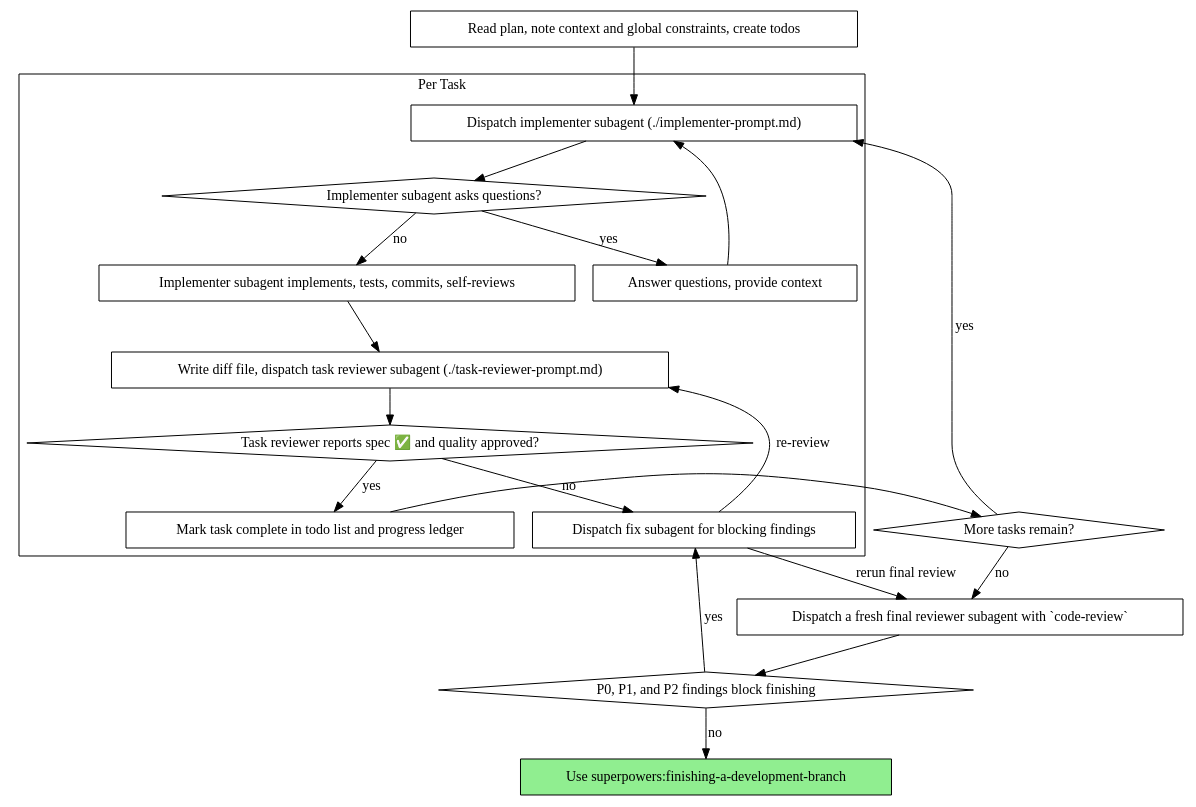
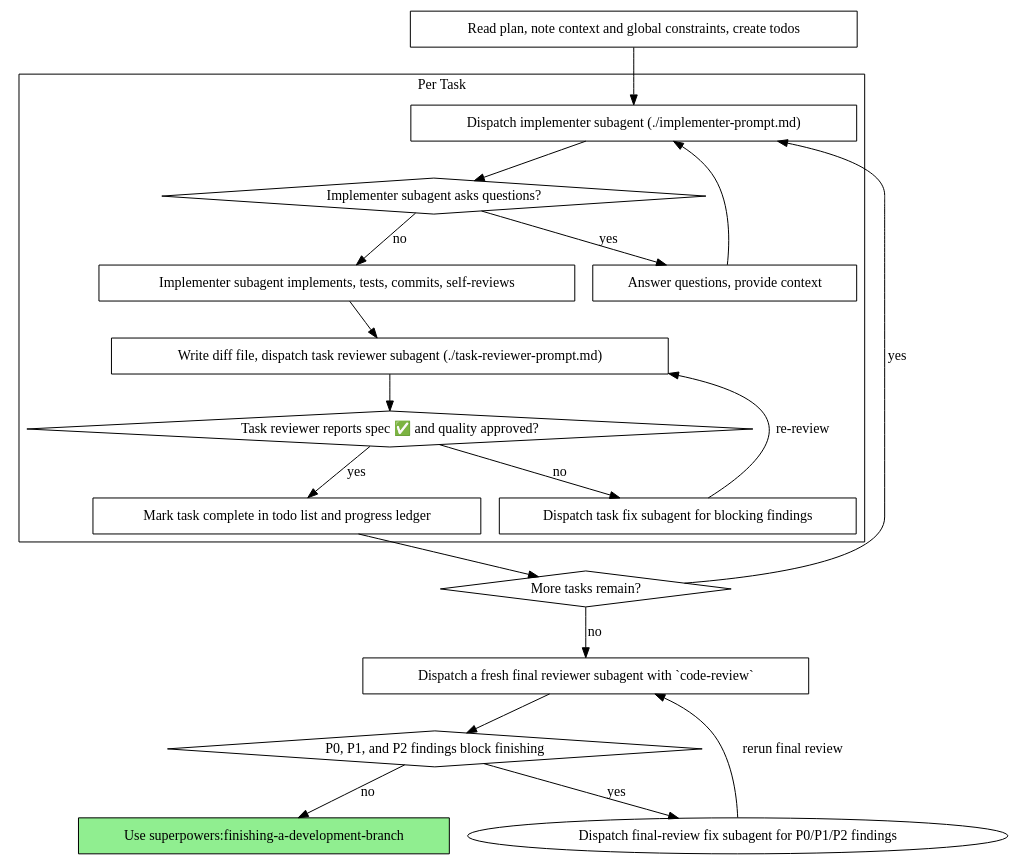
One commit to heyi-co/superpowers changed the second of 2 diagrams in skills/subagent-driven-development/SKILL.md. Above: the diagram before and after it, drawn with Graphviz. The commit also changed 1 other file, not shown here.

Commit message:
Fix SDD final review graph node collision

````diff
--- a/skills/subagent-driven-development/SKILL.md
+++ b/skills/subagent-driven-development/SKILL.md
@@ -47,41 +47,41 @@
 ```dot
 digraph process {
     rankdir=TB;
 
     subgraph cluster_per_task {
         label="Per Task";
         "Dispatch implementer subagent (./implementer-prompt.md)" [shape=box];
         "Implementer subagent asks questions?" [shape=diamond];
         "Answer questions, provide context" [shape=box];
         "Implementer subagent implements, tests, commits, self-reviews" [shape=box];
         "Write diff file, dispatch task reviewer subagent (./task-reviewer-prompt.md)" [shape=box];
         "Task reviewer reports spec ✅ and quality approved?" [shape=diamond];
-        "Dispatch fix subagent for blocking findings" [shape=box];
+        "Dispatch task fix subagent for blocking findings" [shape=box];
         "Mark task complete in todo list and progress ledger" [shape=box];
     }
 
     "Read plan, note context and global constraints, create todos" [shape=box];
     "More tasks remain?" [shape=diamond];
     "Dispatch a fresh final reviewer subagent with `code-review`" [shape=box];
     "P0, P1, and P2 findings block finishing" [shape=diamond];
     "Use superpowers:finishing-a-development-branch" [shape=box style=filled fillcolor=lightgreen];
 
     "Read plan, note context and global constraints, create todos" -> "Dispatch implementer subagent (./implementer-prompt.md)";
     "Dispatch implementer subagent (./implementer-prompt.md)" -> "Implementer subagent asks questions?";
     "Implementer subagent asks questions?" -> "Answer questions, provide context" [label="yes"];
     "Answer questions, provide context" -> "Dispatch implementer subagent (./implementer-prompt.md)";
     "Implementer subagent asks questions?" -> "Implementer subagent implements, tests, commits, self-reviews" [label="no"];
     "Implementer subagent implements, tests, commits, self-reviews" -> "Write diff file, dispatch task reviewer subagent (./task-reviewer-prompt.md)";
     "Write diff file, dispatch task reviewer subagent (./task-reviewer-prompt.md)" -> "Task reviewer reports spec ✅ and quality approved?";
-    "Task reviewer reports spec ✅ and quality approved?" -> "Dispatch fix subagent for blocking findings" [label="no"];
-    "Dispatch fix subagent for blocking findings" -> "Write diff file, dispatch task reviewer subagent (./task-reviewer-prompt.md)" [label="re-review"];
+    "Task reviewer reports spec ✅ and quality approved?" -> "Dispatch task fix subagent for blocking findings" [label="no"];
+    "Dispatch task fix subagent for blocking findings" -> "Write diff file, dispatch task reviewer subagent (./task-reviewer-prompt.md)" [label="re-review"];
     "Task reviewer reports spec ✅ and quality approved?" -> "Mark task complete in todo list and progress ledger" [label="yes"];
     "Mark task complete in todo list and progress ledger" -> "More tasks remain?";
     "More tasks remain?" -> "Dispatch implementer subagent (./implementer-prompt.md)" [label="yes"];
     "More tasks remain?" -> "Dispatch a fresh final reviewer subagent with `code-review`" [label="no"];
     "Dispatch a fresh final reviewer subagent with `code-review`" -> "P0, P1, and P2 findings block finishing";
-    "P0, P1, and P2 findings block finishing" -> "Dispatch fix subagent for blocking findings" [label="yes"];
-    "Dispatch fix subagent for blocking findings" -> "Dispatch a fresh final reviewer subagent with `code-review`" [label="rerun final review"];
+    "P0, P1, and P2 findings block finishing" -> "Dispatch final-review fix subagent for P0/P1/P2 findings" [label="yes"];
+    "Dispatch final-review fix subagent for P0/P1/P2 findings" -> "Dispatch a fresh final reviewer subagent with `code-review`" [label="rerun final review"];
     "P0, P1, and P2 findings block finishing" -> "Use superpowers:finishing-a-development-branch" [label="no"];
 }
 ```
````
